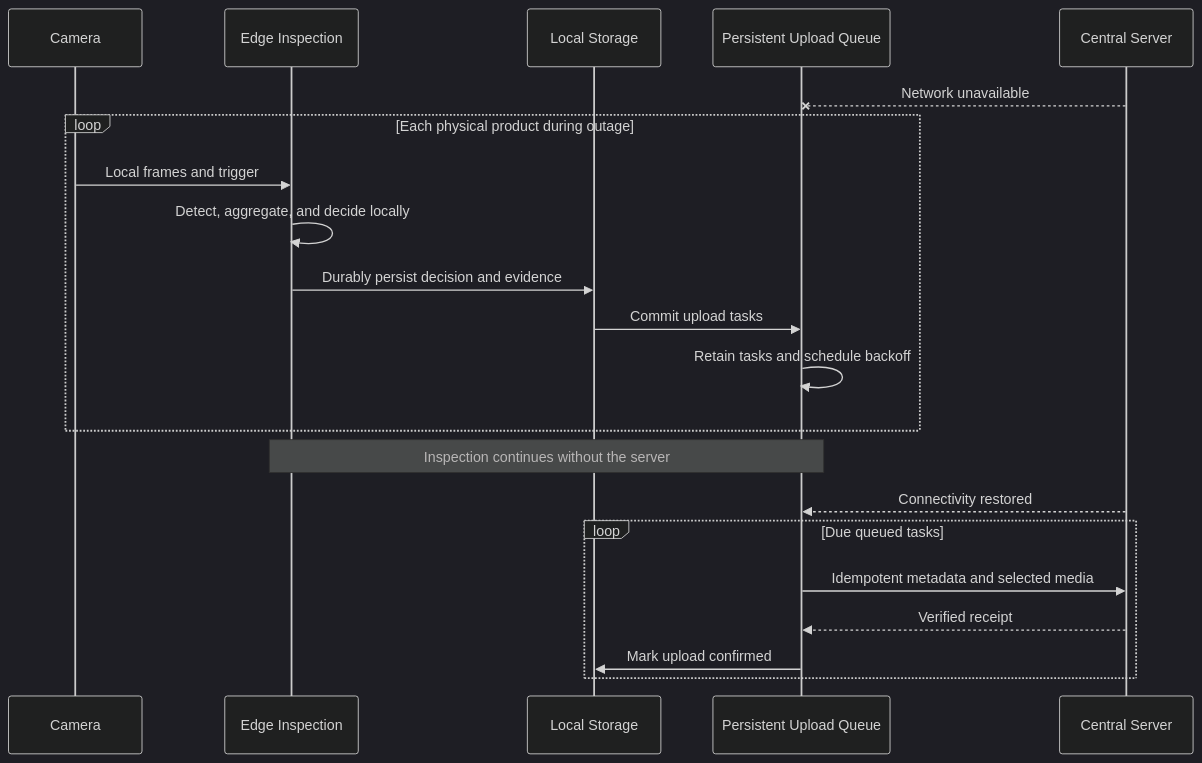
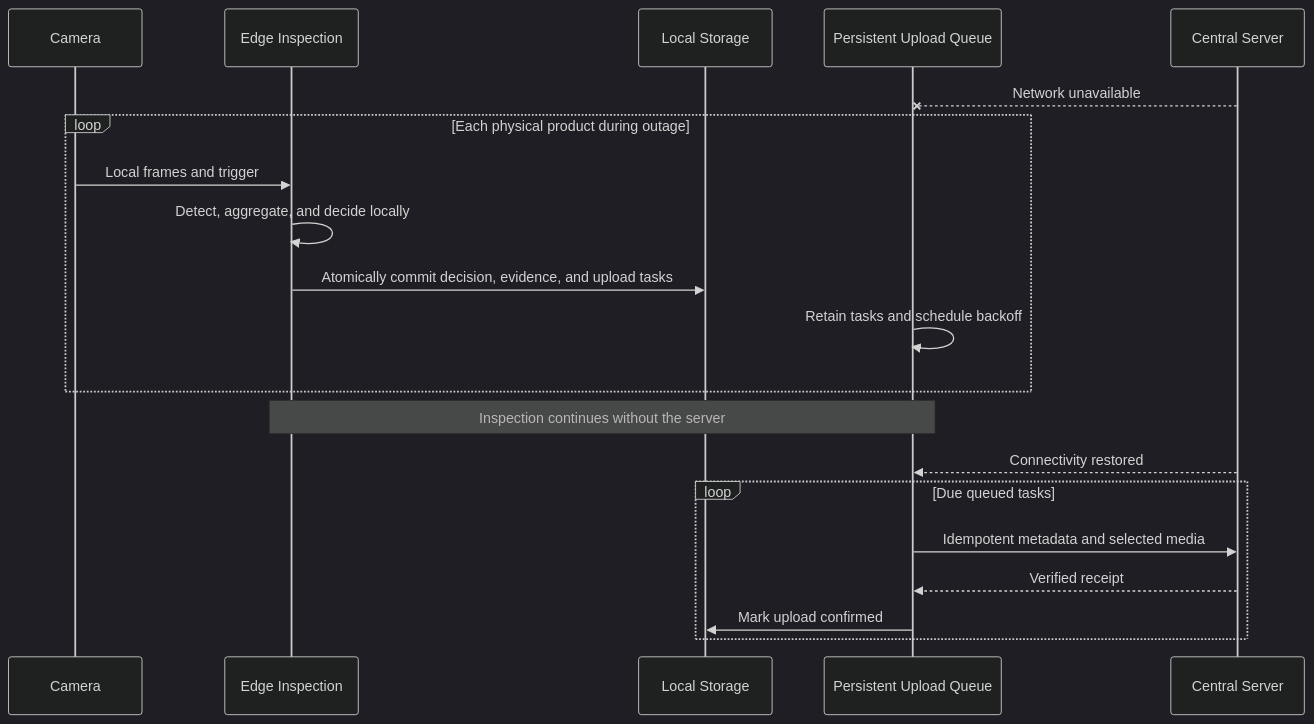
One commit to dream-studio-china/assembly-vision changed the second of 2 diagrams in docs/design/13-upload-and-synchronization.md. Above: the diagram before and after it, drawn with Mermaid (dark theme). The commit also changed other lines of this file and 46 other files, not shown here.

First line of the commit message:
docs: architecture review fixes, contracts alignment, and runbook set

````diff
--- a/docs/design/13-upload-and-synchronization.md
+++ b/docs/design/13-upload-and-synchronization.md
@@ -63,23 +63,22 @@
 ```mermaid
 sequenceDiagram
     participant Camera
     participant Edge as Edge Inspection
     participant Store as Local Storage
     participant Queue as Persistent Upload Queue
     participant Server as Central Server
     Server--xQueue: Network unavailable
     loop Each physical product during outage
         Camera->>Edge: Local frames and trigger
         Edge->>Edge: Detect, aggregate, and decide locally
-        Edge->>Store: Durably persist decision and evidence
-        Store->>Queue: Commit upload tasks
+        Edge->>Store: Atomically commit decision, evidence, and upload tasks
         Queue->>Queue: Retain tasks and schedule backoff
     end
     Note over Edge,Queue: Inspection continues without the server
     Server-->>Queue: Connectivity restored
     loop Due queued tasks
         Queue->>Server: Idempotent metadata and selected media
         Server-->>Queue: Verified receipt
         Queue->>Store: Mark upload confirmed
     end
 ```
````
